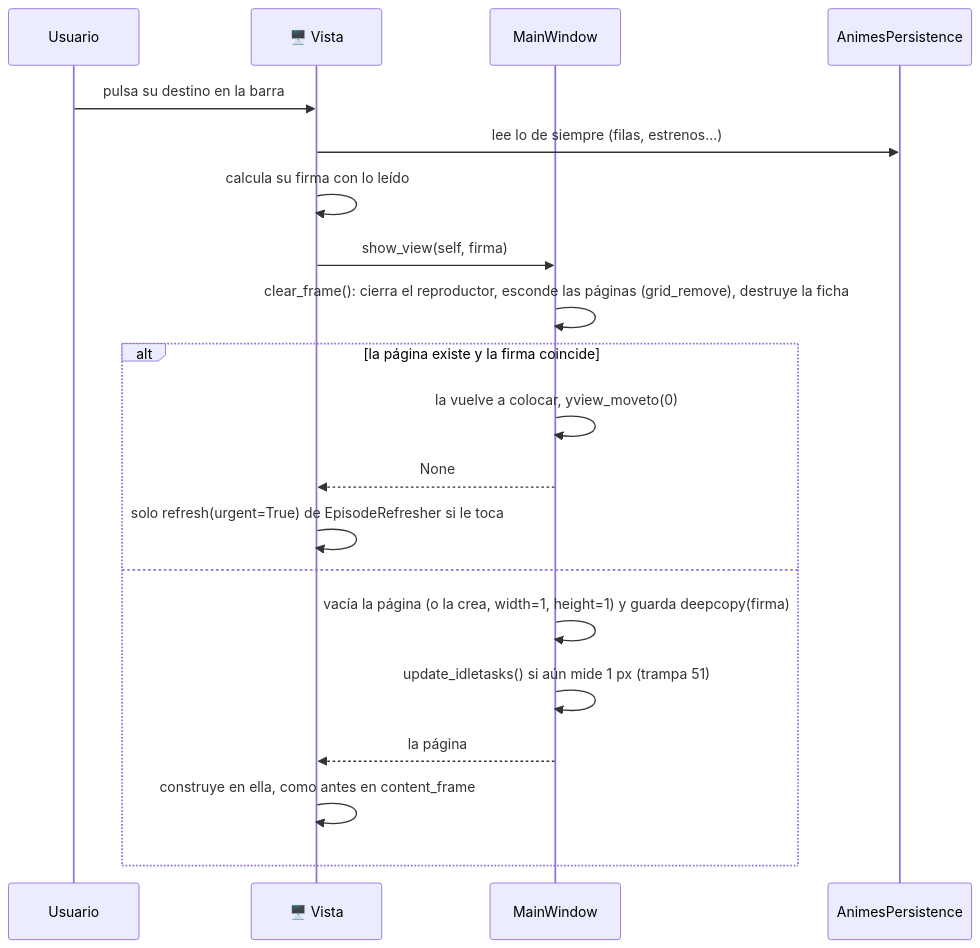
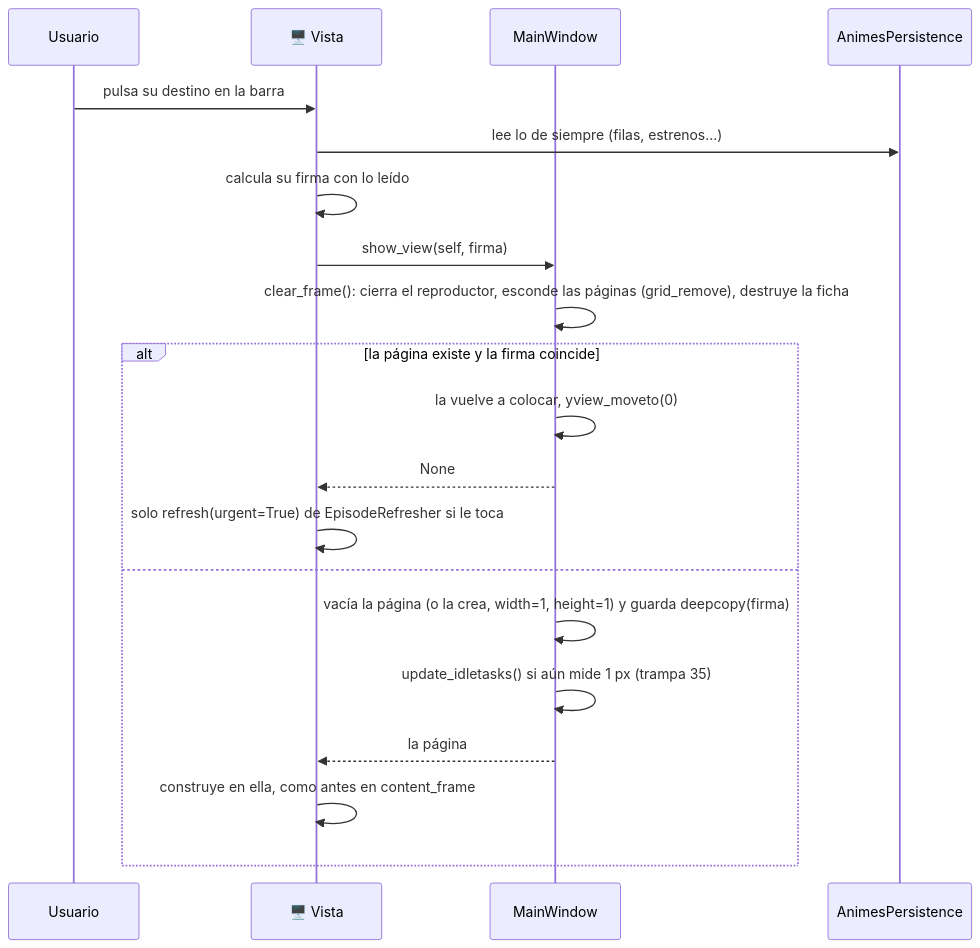
One commit to DavidEscri/BibliotecaAnime changed diagram 20 of 20 in .claude/docs/03-flujos-de-ejecucion.md. Above: the diagram before and after it, drawn with Mermaid. The commit also changed other lines of this file and 14 other files, not shown here.

````diff
--- a/.claude/docs/03-flujos-de-ejecucion.md
+++ b/.claude/docs/03-flujos-de-ejecucion.md
@@ -1157,23 +1157,23 @@
 ```mermaid
 sequenceDiagram
     participant U as Usuario
     participant V as 🖥️ Vista
     participant MW as MainWindow
     participant P as AnimesPersistence
 
     U->>V: pulsa su destino en la barra
     V->>P: lee lo de siempre (filas, estrenos…)
     V->>V: calcula su firma con lo leído
     V->>MW: show_view(self, firma)
     MW->>MW: clear_frame(): cierra el reproductor, esconde las páginas (grid_remove), destruye la ficha
     alt la página existe y la firma coincide
         MW->>MW: la vuelve a colocar, yview_moveto(0)
         MW-->>V: None
         V->>V: solo refresh(urgent=True) de EpisodeRefresher si le toca
     else
         MW->>MW: vacía la página (o la crea, width=1, height=1) y guarda deepcopy(firma)
-        MW->>MW: update_idletasks() si aún mide 1 px (trampa 51)
+        MW->>MW: update_idletasks() si aún mide 1 px (trampa 35)
         MW-->>V: la página
         V->>V: construye en ella, como antes en content_frame
     end
 ```
````
